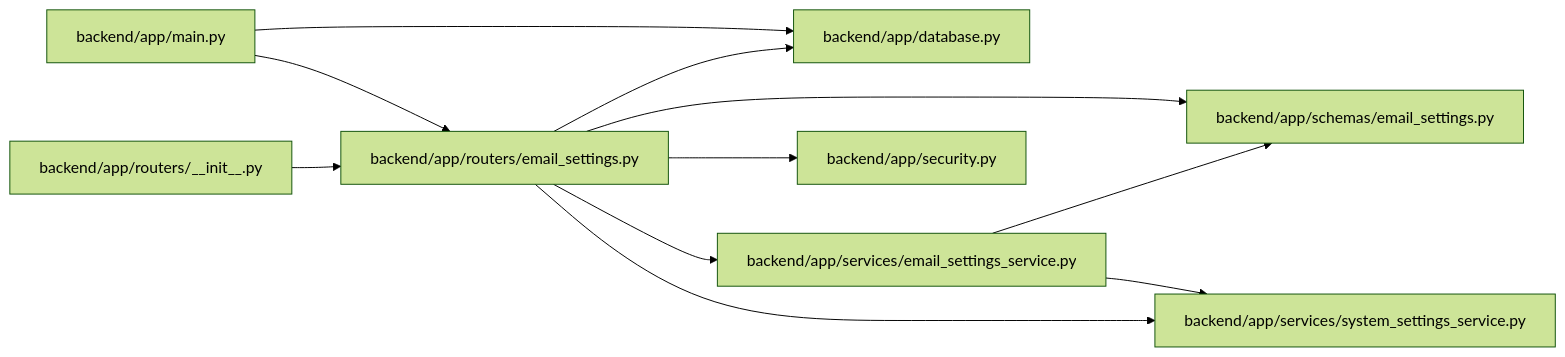
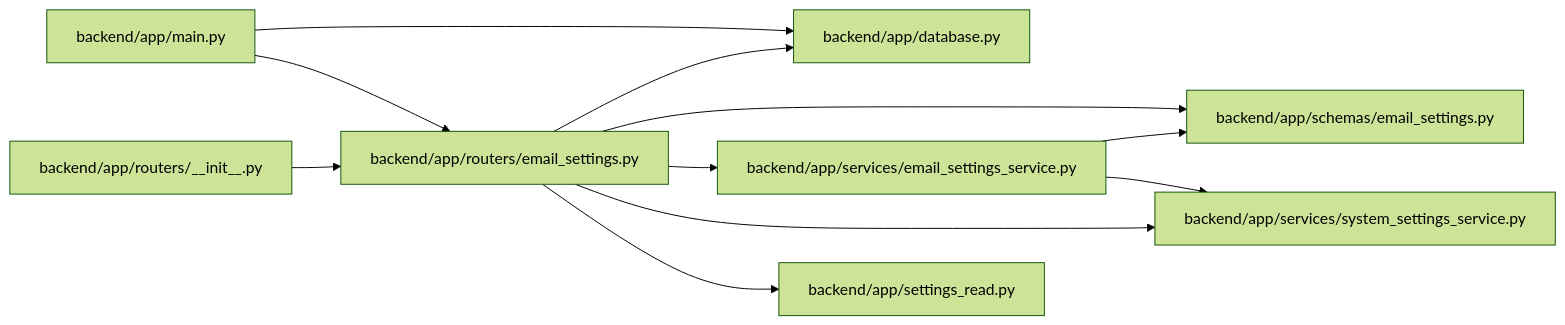
One commit to Denissvgn/WorkChord changed the diagram in docs/llm_wiki/modules/routers_email_settings.md. Above: the diagram before and after it, drawn with Mermaid (forest theme). The commit also changed other lines of this file and 524 other files, not shown here.

````diff
--- a/docs/llm_wiki/modules/routers_email_settings.md
+++ b/docs/llm_wiki/modules/routers_email_settings.md
@@ -26,29 +26,29 @@
 ```mermaid
 flowchart LR
     n0["backend/app/database.py"]
     n1["backend/app/main.py"]
     n2["backend/app/routers/__init__.py"]
     n3["backend/app/routers/email_settings.py"]
     n4["backend/app/schemas/email_settings.py"]
-    n5["backend/app/security.py"]
-    n6["backend/app/services/email_settings_service.py"]
-    n7["backend/app/services/system_settings_service.py"]
+    n5["backend/app/services/email_settings_service.py"]
+    n6["backend/app/services/system_settings_service.py"]
+    n7["backend/app/settings_read.py"]
     n1 --> n0
     n1 --> n3
     n2 --> n3
     n3 --> n0
     n3 --> n4
     n3 --> n5
     n3 --> n6
     n3 --> n7
-    n6 --> n4
-    n6 --> n7
+    n5 --> n4
+    n5 --> n6
     click n0 "../modules/app_database.md"
     click n1 "../modules/app_main.md"
     click n2 "../modules/routers___init__.md"
     click n3 "../modules/routers_email_settings.md"
     click n4 "../modules/schemas_email_settings.md"
-    click n5 "../modules/security.md"
-    click n6 "../modules/email_settings_service.md"
-    click n7 "../modules/system_settings_service.md"
+    click n5 "../modules/email_settings_service.md"
+    click n6 "../modules/system_settings_service.md"
+    click n7 "../modules/settings_read.md"
 ```
````
